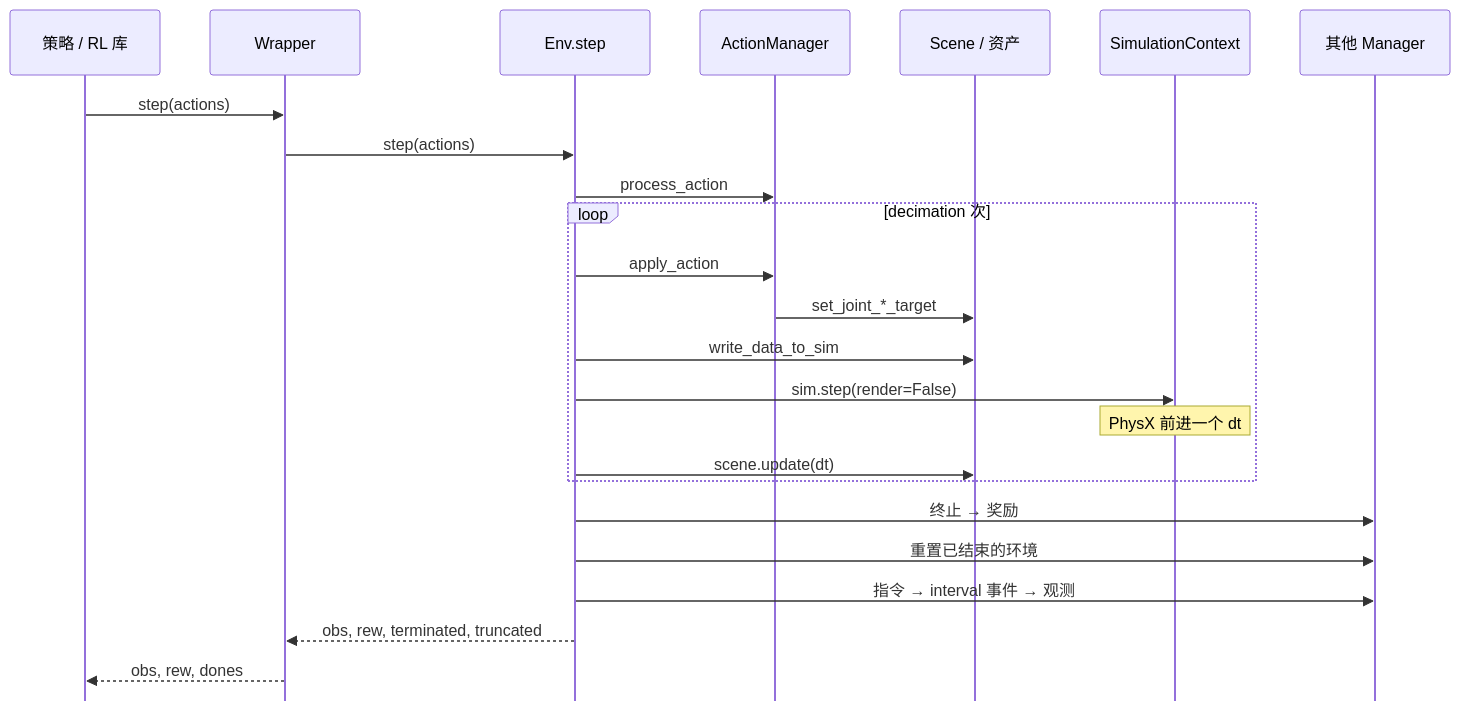
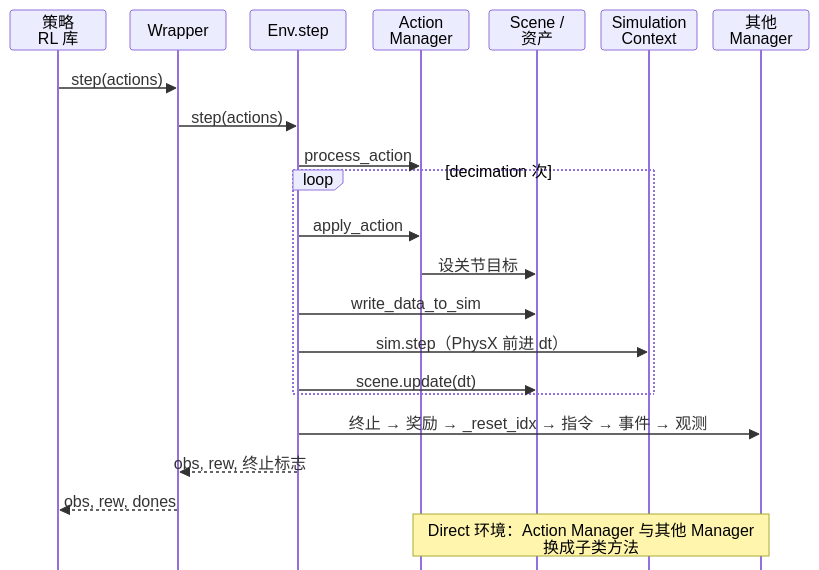
Before and after one commit to ueasycallme/academy: the diagram in docs/0-map/0.6-one-step.md, drawn with Mermaid. The commit also changed other lines of this file and 5 other files, not shown here.

First line of the commit message:
T-0.6: 一个 RL step 里发生了什么（锚点图）

````diff
--- a/docs/0-map/0.6-one-step.md
+++ b/docs/0-map/0.6-one-step.md
@@ -29,28 +29,26 @@
 ```mermaid
-%%{init: {"sequence": {"mirrorActors": false, "messageMargin": 22, "boxMargin": 6, "noteMargin": 6}}}%%
+%%{init: {"sequence": {"mirrorActors": false, "width": 96, "actorMargin": 16, "height": 40, "messageMargin": 12, "boxMargin": 4, "noteMargin": 4, "boxTextMargin": 2, "diagramMarginY": 4, "wrap": true}}}%%
 sequenceDiagram
-    participant P as 策略 / RL 库
+    participant P as 策略<br/>RL 库
     participant W as Wrapper
     participant E as Env.step
-    participant A as ActionManager
+    participant A as Action<br/>Manager
     participant S as Scene / 资产
-    participant X as SimulationContext
+    participant X as Simulation<br/>Context
     participant M as 其他 Manager
 
     P->>W: step(actions)
     W->>E: step(actions)
     E->>A: process_action
     loop decimation 次
         E->>A: apply_action
-        A->>S: set_joint_*_target
+        A->>S: 设关节目标
         E->>S: write_data_to_sim
-        E->>X: sim.step(render=False)
-        Note over X: PhysX 前进一个 dt
+        E->>X: sim.step（PhysX 前进 dt）
         E->>S: scene.update(dt)
     end
-    E->>M: 终止 → 奖励
-    E->>M: 重置已结束的环境
-    E->>M: 指令 → interval 事件 → 观测
-    E-->>W: obs, rew, terminated, truncated
+    E->>M: 终止 → 奖励 → _reset_idx → 指令 → 事件 → 观测
+    E-->>W: obs, rew, 终止标志
     W-->>P: obs, rew, dones
+    Note over A,M: Direct 环境：Action Manager 与其他 Manager 换成子类方法
 ```
````
